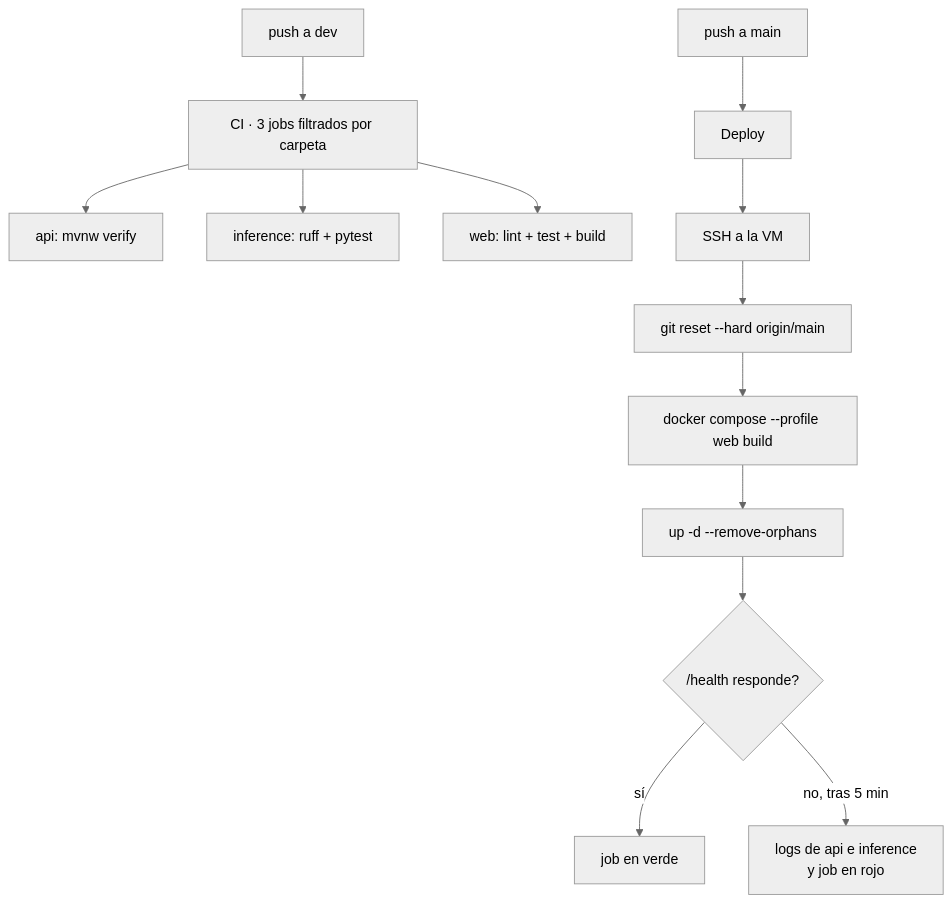
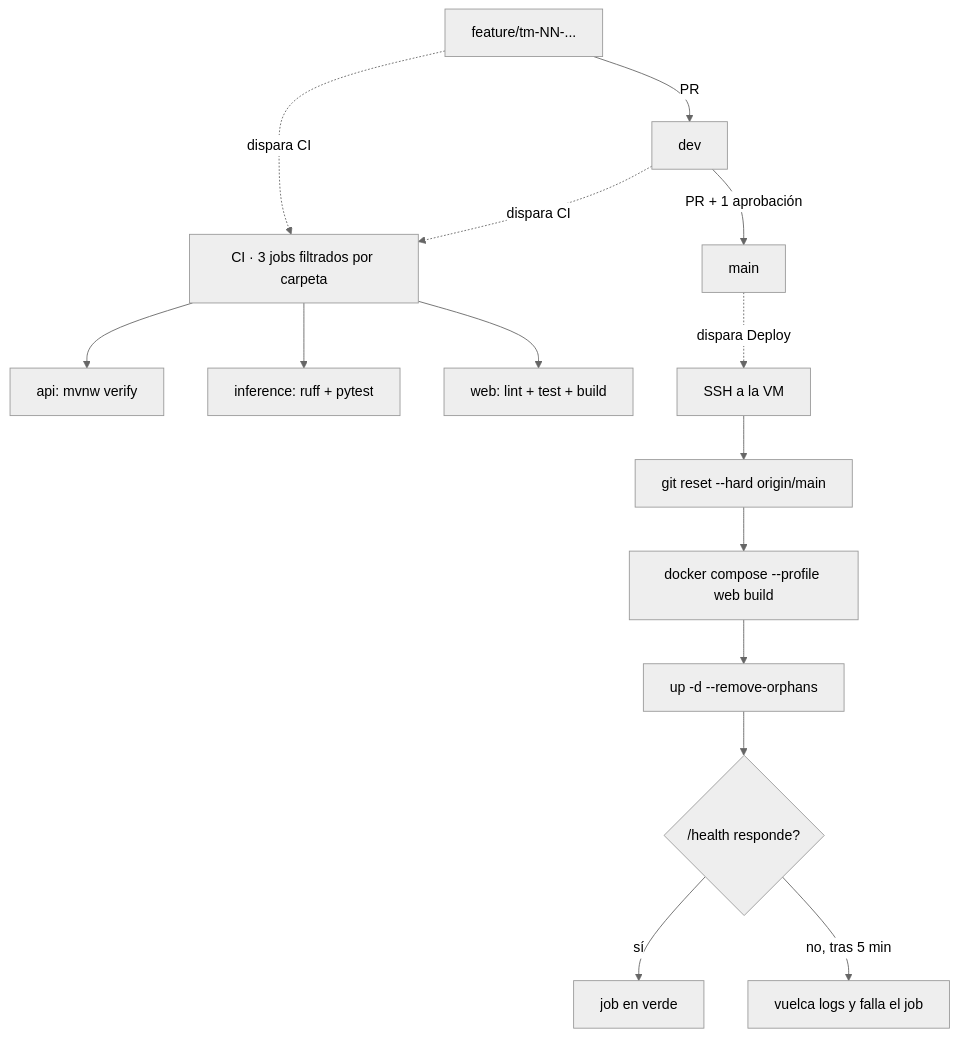
One commit to No-Country-simulation/G9-LATAM-Team-58 changed the second of 2 diagrams in docs/INFRASTRUCTURE.md. Above: the diagram before and after it, drawn with Mermaid (neutral theme). The commit also changed other lines of this file and 10 other files, not shown here.

````diff
--- a/docs/INFRASTRUCTURE.md
+++ b/docs/INFRASTRUCTURE.md
@@ -48,16 +48,19 @@
 ```mermaid
 flowchart TD
-    PR["push a dev"] --> CI["CI · 3 jobs filtrados por carpeta"]
+    F["feature/tm-NN-..."] -->|PR| DEV["dev"]
+    DEV -->|"PR + 1 aprobación"| MAIN["main"]
+
+    F -.->|"dispara CI"| CI["CI · 3 jobs filtrados por carpeta"]
+    DEV -.->|"dispara CI"| CI
     CI --> CIA["api: mvnw verify"]
     CI --> CII["inference: ruff + pytest"]
     CI --> CIW["web: lint + test + build"]
 
-    MAIN["push a main"] --> DEP["Deploy"]
-    DEP --> SSH["SSH a la VM"]
+    MAIN -.->|"dispara Deploy"| SSH["SSH a la VM"]
     SSH --> RESET["git reset --hard origin/main"]
     RESET --> BUILD["docker compose --profile web build"]
     BUILD --> UP["up -d --remove-orphans"]
     UP --> SMOKE{"/health responde?"}
     SMOKE -->|sí| OK["job en verde"]
-    SMOKE -->|no, tras 5 min| FAIL["logs de api e inference<br/>y job en rojo"]
+    SMOKE -->|no, tras 5 min| FAIL["vuelca logs y falla el job"]
 ```
````
